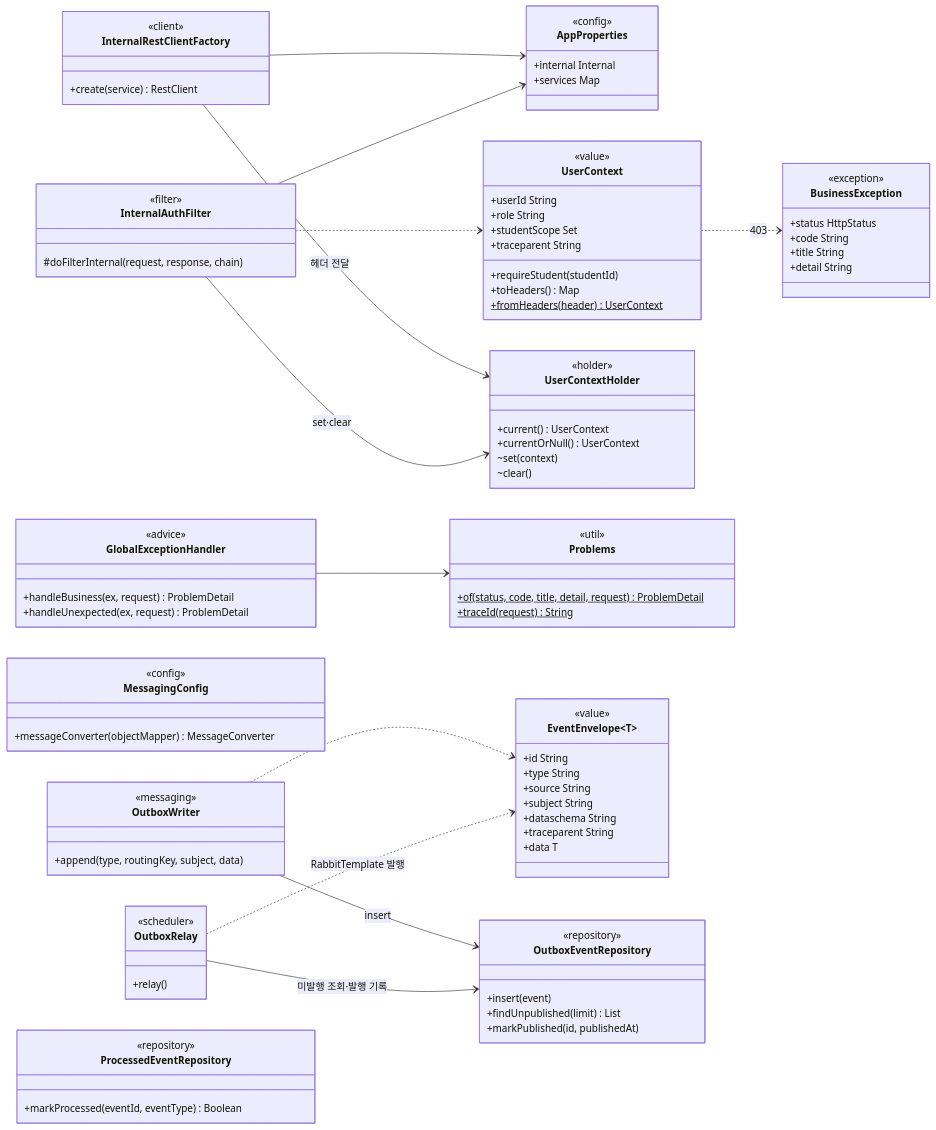
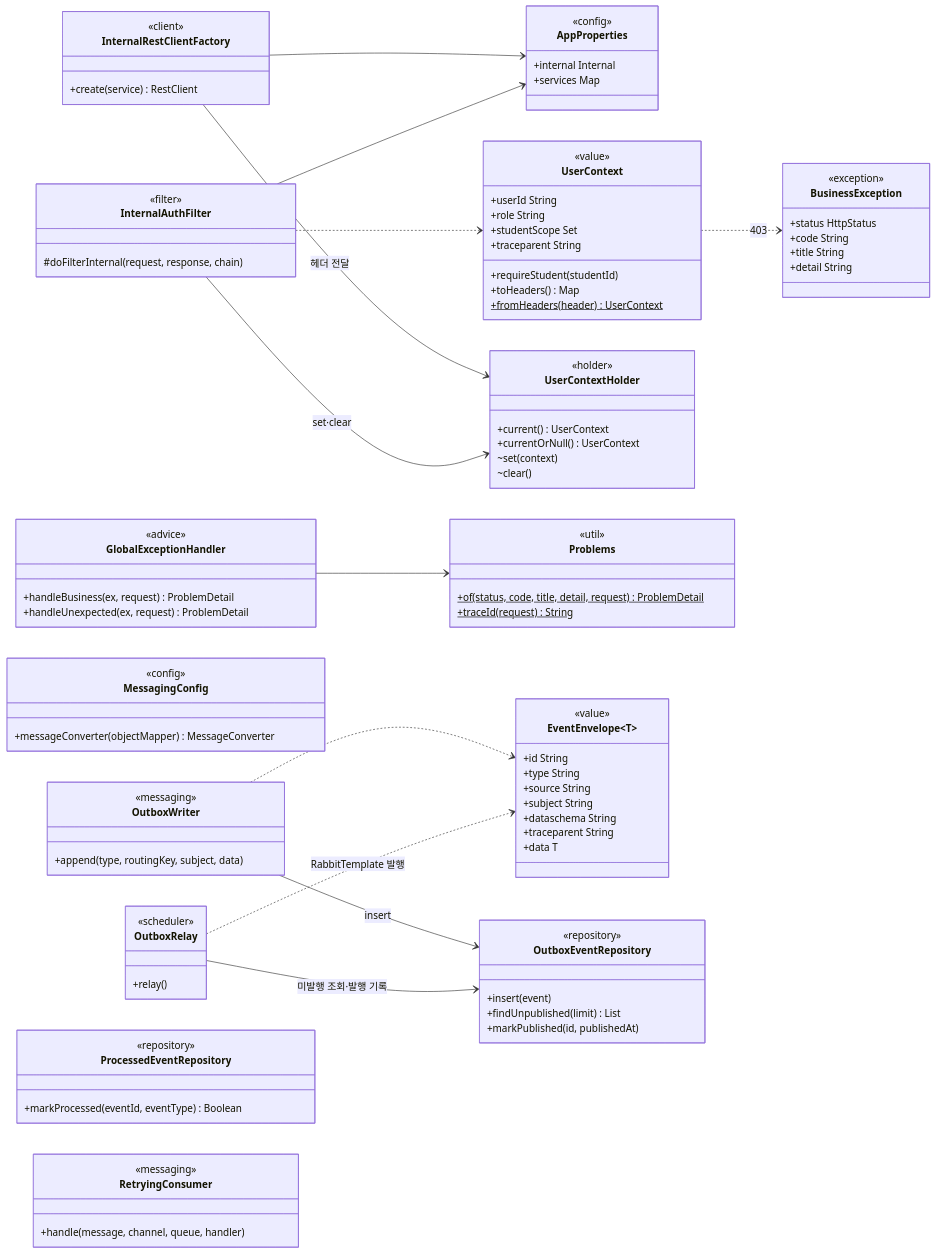
One commit to SKNETWORKS-FAMILY-AICAMP/SKN34-FINAL-3TEAM changed the first of 15 diagrams in docs/design/class-diagram.md. Above: the diagram before and after it, drawn with Mermaid. The commit also changed other lines of this file and 1 other file, not shown here.

```diff
--- a/docs/design/class-diagram.md
+++ b/docs/design/class-diagram.md
@@ -103,6 +103,10 @@
     <<repository>>
     +markProcessed(eventId, eventType) Boolean
   }
+  class RetryingConsumer {
+    <<messaging>>
+    +handle(message, channel, queue, handler)
+  }
   class OutboxEventRepository {
     <<repository>>
     +insert(event)
```
